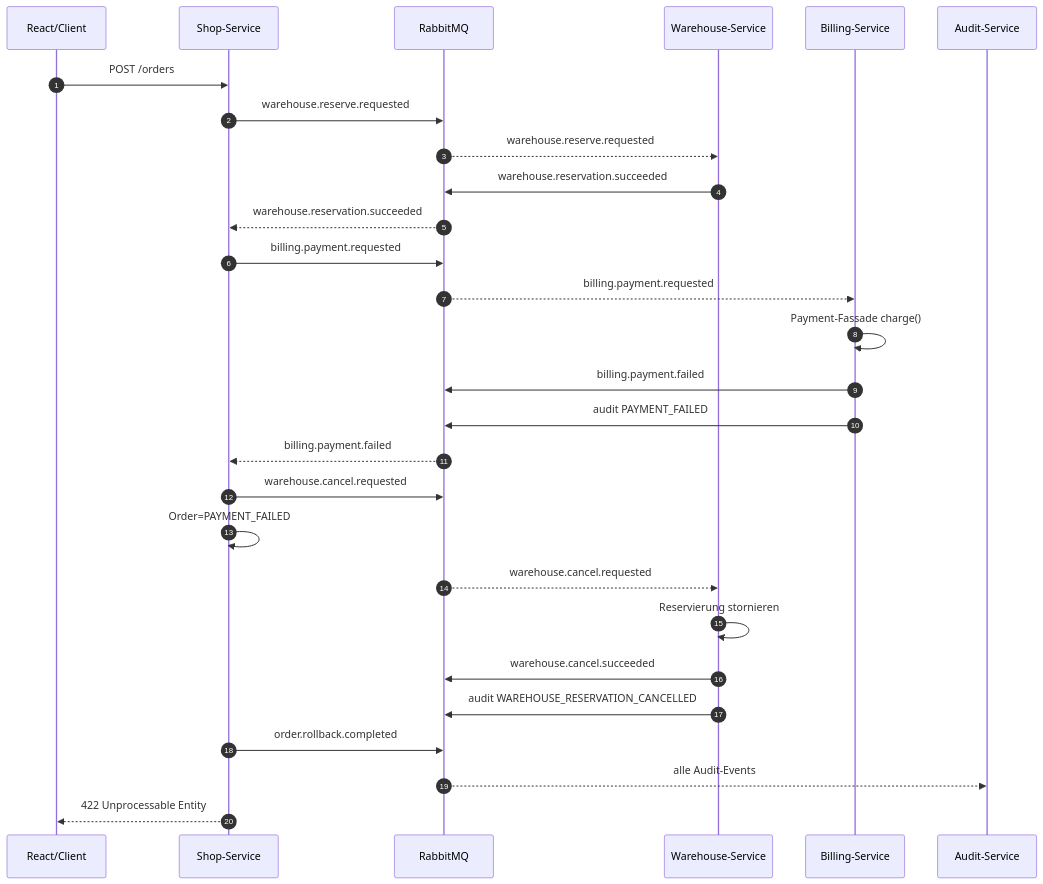
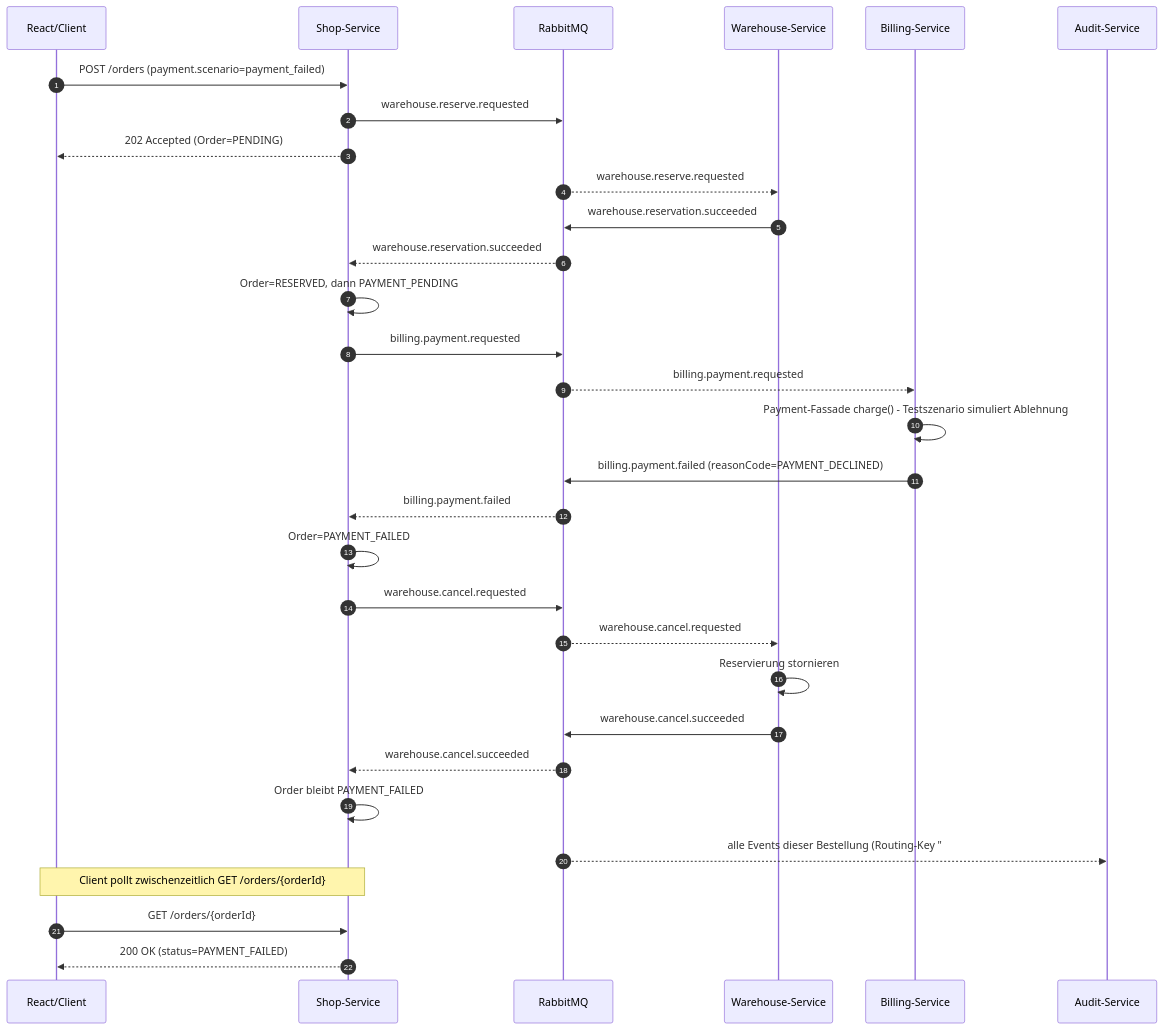
The diagram in docs/diagrams/sequenz-fehlerszenario-zahlung-abgelehnt.mmd (chips199/webshop-vse), drawn with Mermaid before and after one commit. The commit also changed 6 other files, not shown here.

Commit message:
Diagramme überarbeitet

```diff
--- a/docs/diagrams/sequenz-fehlerszenario-zahlung-abgelehnt.mmd
+++ b/docs/diagrams/sequenz-fehlerszenario-zahlung-abgelehnt.mmd
@@ -1,31 +1,37 @@
 %% Sequenzdiagramm Fehlerszenario - siehe docs/architecture.md, Abschnitt 6
-%% "Fehlerszenario: Zahlung abgelehnt" - Kompensationsablauf per Saga-Muster.
+%% "Fehlerszenarien", Unterabschnitt "Zahlung abgelehnt" - Kompensationsablauf
+%% per Saga-Muster. POST /orders antwortet wie im Happy Path sofort mit
+%% 202 Accepted; der Fehlschlag wird erst asynchron sichtbar (Polling).
 sequenceDiagram
     autonumber
     participant Client as React/Client
     participant Shop as Shop-Service
     participant MQ as RabbitMQ
     participant Warehouse as Warehouse-Service
     participant Billing as Billing-Service
     participant Audit as Audit-Service
 
-    Client->>Shop: POST /orders
+    Client->>Shop: POST /orders (payment.scenario=payment_failed)
     Shop->>MQ: warehouse.reserve.requested
+    Shop-->>Client: 202 Accepted (Order=PENDING)
     MQ-->>Warehouse: warehouse.reserve.requested
     Warehouse->>MQ: warehouse.reservation.succeeded
     MQ-->>Shop: warehouse.reservation.succeeded
+    Shop->>Shop: Order=RESERVED, dann PAYMENT_PENDING
     Shop->>MQ: billing.payment.requested
     MQ-->>Billing: billing.payment.requested
-    Billing->>Billing: Payment-Fassade charge()
-    Billing->>MQ: billing.payment.failed
-    Billing->>MQ: audit PAYMENT_FAILED
+    Billing->>Billing: Payment-Fassade charge() - Testszenario simuliert Ablehnung
+    Billing->>MQ: billing.payment.failed (reasonCode=PAYMENT_DECLINED)
     MQ-->>Shop: billing.payment.failed
+    Shop->>Shop: Order=PAYMENT_FAILED
     Shop->>MQ: warehouse.cancel.requested
-    Shop->>Shop: Order=PAYMENT_FAILED
     MQ-->>Warehouse: warehouse.cancel.requested
     Warehouse->>Warehouse: Reservierung stornieren
     Warehouse->>MQ: warehouse.cancel.succeeded
-    Warehouse->>MQ: audit WAREHOUSE_RESERVATION_CANCELLED
-    Shop->>MQ: order.rollback.completed
-    MQ-->>Audit: alle Audit-Events
-    Shop-->>Client: 422 Unprocessable Entity
+    MQ-->>Shop: warehouse.cancel.succeeded
+    Shop->>Shop: Order bleibt PAYMENT_FAILED
+    MQ-->>Audit: alle Events dieser Bestellung (Routing-Key "#")
+
+    Note over Client,Shop: Client pollt zwischenzeitlich GET /orders/{orderId}
+    Client->>Shop: GET /orders/{orderId}
+    Shop-->>Client: 200 OK (status=PAYMENT_FAILED)
```
